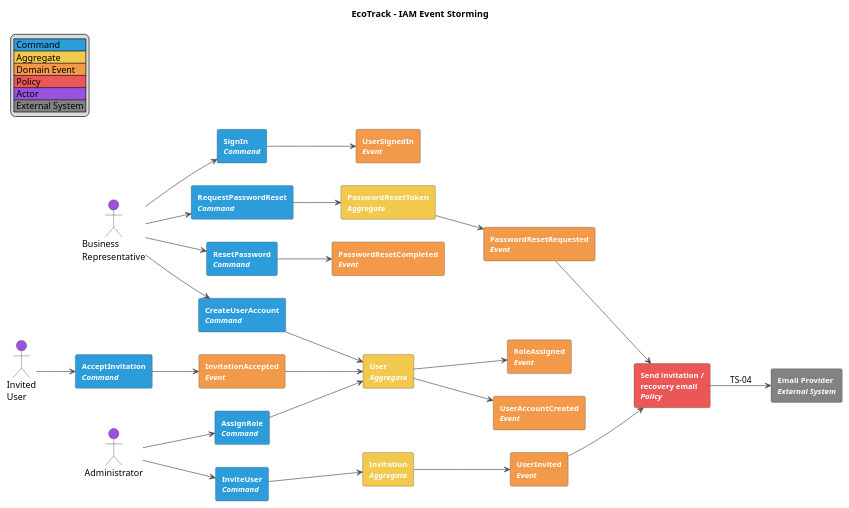
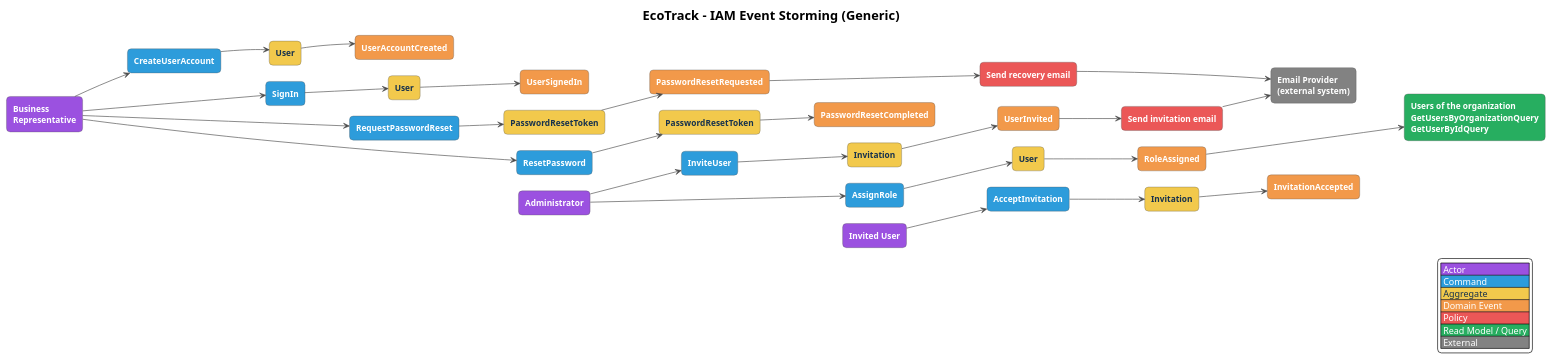
The diagram in docs/diagrams/event-storming/ecotrack-event-storming-iam.puml (Horizon-OpenSource/report), drawn with PlantUML before and after one commit. The commit also changed 18 other files, not shown here.

Commit message:
docs(report): improve event storming, context, container and database diagrams

```diff
--- a/docs/diagrams/event-storming/ecotrack-event-storming-iam.puml
+++ b/docs/diagrams/event-storming/ecotrack-event-storming-iam.puml
@@ -1,82 +1,136 @@
 @startuml
-title EcoTrack - IAM Event Storming
 left to right direction
-skinparam packageStyle rectangle
 skinparam shadowing false
-skinparam defaultFontName Arial
-skinparam rectangle {
-  BorderColor #4A4A4A
-  FontColor #FFFFFF
-  FontStyle bold
-  FontSize 12
+skinparam defaultFontName Helvetica
+skinparam defaultFontSize 13
+skinparam backgroundColor white
+skinparam nodesep 25
+skinparam ranksep 70
+skinparam ArrowColor #4A4A4A
+skinparam RectangleBorderColor #555555
+skinparam RectangleFontStyle bold
+skinparam roundCorner 12
+skinparam rectangle<<ext>> {
+  BackgroundColor #828282
+  FontColor white
 }
-skinparam ArrowColor #4A4A4A
+skinparam rectangle<<rm>> {
+  BackgroundColor #27AE60
+  FontColor white
+}
+skinparam rectangle<<pol>> {
+  BackgroundColor #EB5757
+  FontColor white
+}
+skinparam rectangle<<evt>> {
+  BackgroundColor #F2994A
+  FontColor white
+}
+skinparam rectangle<<agg>> {
+  BackgroundColor #F2C94C
+  FontColor #17324D
+}
+skinparam rectangle<<cmd>> {
+  BackgroundColor #2D9CDB
+  FontColor white
+}
+skinparam rectangle<<actor>> {
+  BackgroundColor #9B51E0
+  FontColor white
+}
+skinparam titleFontSize 20
+hide stereotype
+title EcoTrack - IAM Event Storming (Generic)
 
-legend top left
-  |<#2D9CDB> Command |
-  |<#F2C94C> Aggregate |
-  |<#F2994A> Domain Event |
-  |<#EB5757> Policy |
-  |<#9B51E0> Actor |
-  |<#828282> External System |
+rectangle "Business\nRepresentative" as a1 <<actor>>
+rectangle "Administrator" as a2 <<actor>>
+rectangle "Invited User" as a3 <<actor>>
+rectangle "CreateUserAccount" as c1 <<cmd>>
+rectangle "SignIn" as c2 <<cmd>>
+rectangle "RequestPasswordReset" as c3 <<cmd>>
+rectangle "ResetPassword" as c4 <<cmd>>
+rectangle "InviteUser" as c5 <<cmd>>
+rectangle "AssignRole" as c6 <<cmd>>
+rectangle "AcceptInvitation" as c7 <<cmd>>
+rectangle "User" as g1 <<agg>>
+rectangle "User" as g2 <<agg>>
+rectangle "PasswordResetToken" as g3 <<agg>>
+rectangle "PasswordResetToken" as g4 <<agg>>
+rectangle "Invitation" as g5 <<agg>>
+rectangle "User" as g6 <<agg>>
+rectangle "Invitation" as g7 <<agg>>
+rectangle "UserAccountCreated" as e1 <<evt>>
+rectangle "UserSignedIn" as e2 <<evt>>
+rectangle "PasswordResetRequested" as e3 <<evt>>
+rectangle "PasswordResetCompleted" as e4 <<evt>>
+rectangle "UserInvited" as e5 <<evt>>
+rectangle "RoleAssigned" as e6 <<evt>>
+rectangle "InvitationAccepted" as e7 <<evt>>
+rectangle "Send recovery email" as p1 <<pol>>
+rectangle "Send invitation email" as p2 <<pol>>
+rectangle "Email Provider\n(external system)" as x <<ext>>
+rectangle "Users of the organization\nGetUsersByOrganizationQuery\nGetUserByIdQuery" as r <<rm>>
+
+a1 --> c1
+a1 --> c2
+a1 --> c3
+a1 --> c4
+a2 --> c5
+a2 --> c6
+a3 --> c7
+c1 --> g1
+c2 --> g2
+c3 --> g3
+c4 --> g4
+c5 --> g5
+c6 --> g6
+c7 --> g7
+g1 --> e1
+g2 --> e2
+g3 --> e3
+g4 --> e4
+g5 --> e5
+g6 --> e6
+g7 --> e7
+e3 --> p1
+e5 --> p2
+p1 --> x
+p2 --> x
+e6 --> r
+a1 -[hidden]down-> a2
+a2 -[hidden]down-> a3
+c1 -[hidden]down-> c2
+c2 -[hidden]down-> c3
+c3 -[hidden]down-> c4
+c4 -[hidden]down-> c5
+c5 -[hidden]down-> c6
+c6 -[hidden]down-> c7
+g1 -[hidden]down-> g2
+g2 -[hidden]down-> g3
+g3 -[hidden]down-> g4
+g4 -[hidden]down-> g5
+g5 -[hidden]down-> g6
+g6 -[hidden]down-> g7
+e1 -[hidden]down-> e2
+e2 -[hidden]down-> e3
+e3 -[hidden]down-> e4
+e4 -[hidden]down-> e5
+e5 -[hidden]down-> e6
+e6 -[hidden]down-> e7
+p1 -[hidden]down-> p2
+x -[hidden]down-> r
+a1 -[hidden]right-> c1
+c1 -[hidden]right-> g1
+g1 -[hidden]right-> e1
+e1 -[hidden]right-> p1
+p1 -[hidden]right-> x
+legend right
+  |<#9B51E0><color:white> Actor </color>|
+  |<#2D9CDB><color:white> Command </color>|
+  |<#F2C94C><color:#17324D> Aggregate </color>|
+  |<#F2994A><color:white> Domain Event </color>|
+  |<#EB5757><color:white> Policy </color>|
+  |<#27AE60><color:white> Read Model / Query </color>|
+  |<#828282><color:white> External </color>|
 endlegend
-
-actor "Invited\nUser" as InvitedUser #9B51E0
-actor "Administrator" as Admin #9B51E0
-actor "Business\nRepresentative" as Rep #9B51E0
-
-rectangle "CreateUserAccount\n<i>Command</i>" as CmdCreate #2D9CDB
-rectangle "User\n<i>Aggregate</i>" as AggUser #F2C94C
-rectangle "UserAccountCreated\n<i>Event</i>" as EvtCreate #F2994A
-
-rectangle "SignIn\n<i>Command</i>" as CmdSignIn #2D9CDB
-rectangle "UserSignedIn\n<i>Event</i>" as EvtSignIn #F2994A
-
-rectangle "RequestPasswordReset\n<i>Command</i>" as CmdReqReset #2D9CDB
-rectangle "PasswordResetToken\n<i>Aggregate</i>" as AggToken #F2C94C
-rectangle "PasswordResetRequested\n<i>Event</i>" as EvtReqReset #F2994A
-
-rectangle "ResetPassword\n<i>Command</i>" as CmdReset #2D9CDB
-rectangle "PasswordResetCompleted\n<i>Event</i>" as EvtResetDone #F2994A
-
-rectangle "InviteUser\n<i>Command</i>" as CmdInvite #2D9CDB
-rectangle "Invitation\n<i>Aggregate</i>" as AggInvite #F2C94C
-rectangle "UserInvited\n<i>Event</i>" as EvtInvited #F2994A
-
-rectangle "AcceptInvitation\n<i>Command</i>" as CmdAccept #2D9CDB
-rectangle "InvitationAccepted\n<i>Event</i>" as EvtAccepted #F2994A
-
-rectangle "AssignRole\n<i>Command</i>" as CmdRole #2D9CDB
-rectangle "RoleAssigned\n<i>Event</i>" as EvtRole #F2994A
-
-rectangle "Send invitation /\nrecovery email\n<i>Policy</i>" as PolicyEmail #EB5757
-rectangle "Email Provider\n<i>External System</i>" as EmailProvider #828282
-
-Rep --> CmdCreate
-CmdCreate --> AggUser
-AggUser --> EvtCreate
-
-Rep --> CmdSignIn
-CmdSignIn --> EvtSignIn
-
-Rep --> CmdReqReset
-CmdReqReset --> AggToken
-AggToken --> EvtReqReset
-EvtReqReset --> PolicyEmail
-Rep --> CmdReset
-CmdReset --> EvtResetDone
-
-Admin --> CmdInvite
-CmdInvite --> AggInvite
-AggInvite --> EvtInvited
-EvtInvited --> PolicyEmail
-PolicyEmail --> EmailProvider : TS-04
-InvitedUser --> CmdAccept
-CmdAccept --> EvtAccepted
-EvtAccepted --> AggUser
-
-Admin --> CmdRole
-CmdRole --> AggUser
-AggUser --> EvtRole
-
 @enduml
```
